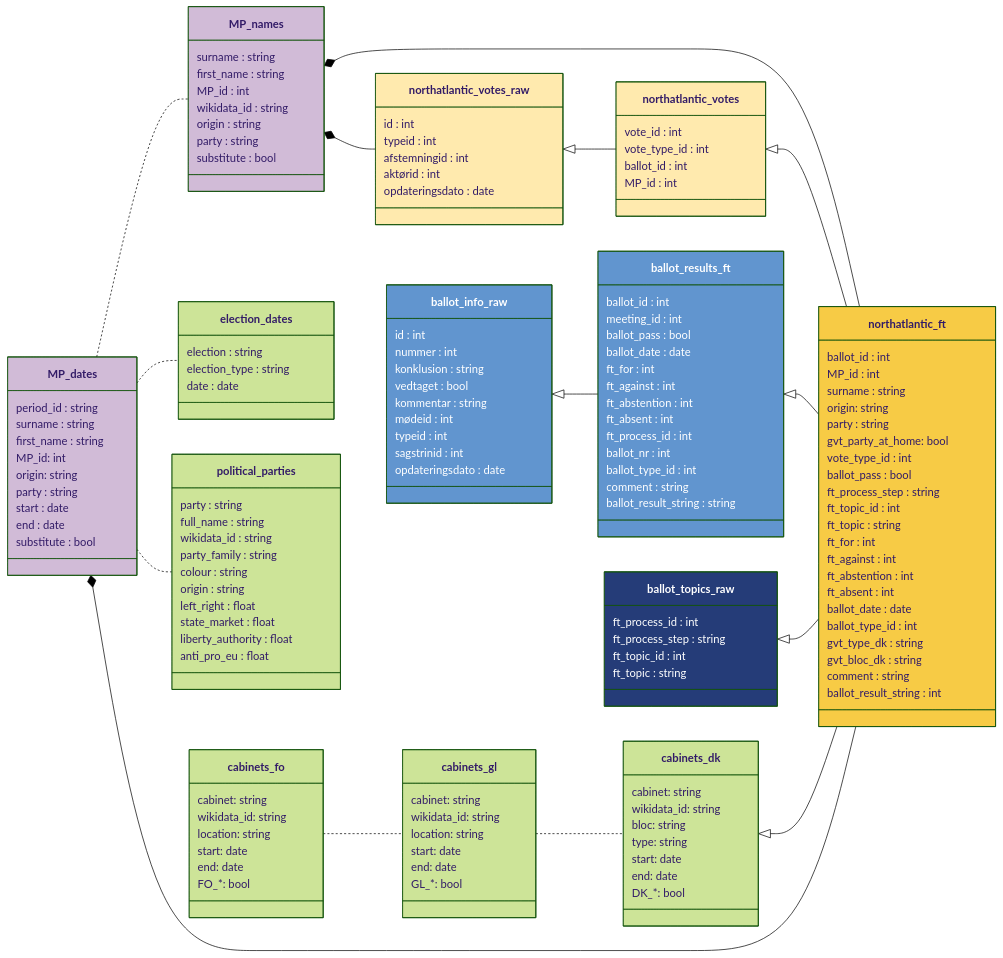
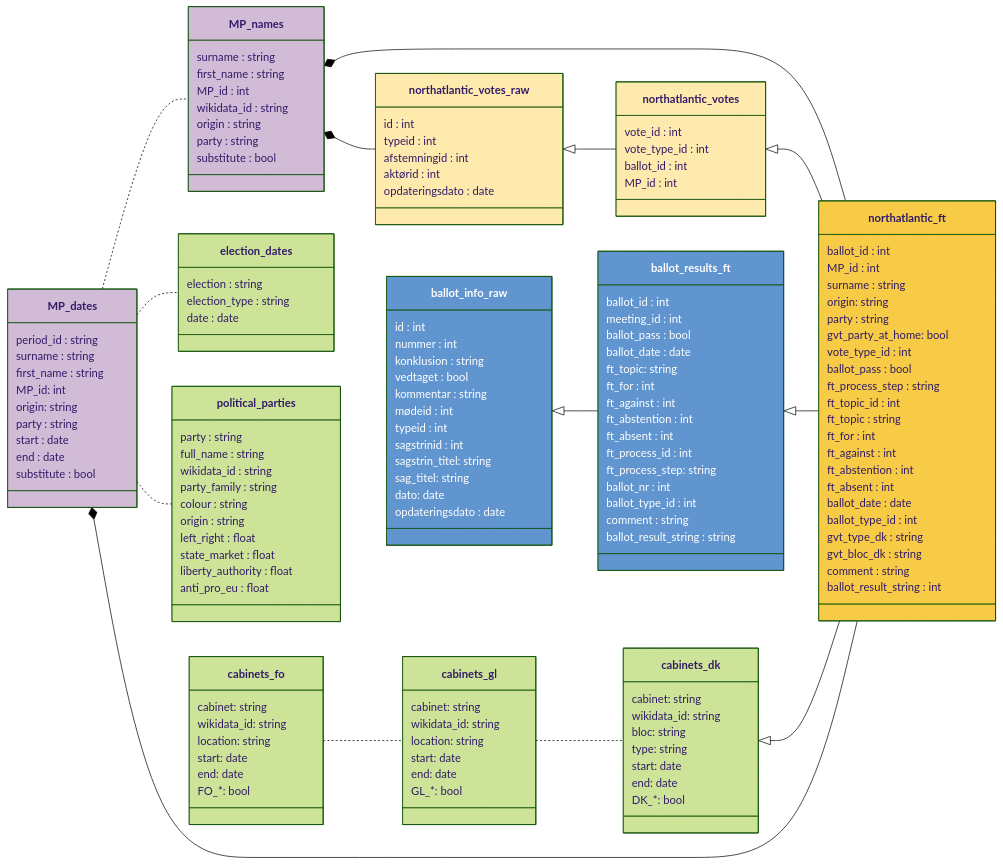
The diagram in docs/codebook.qmd (mtwente/nordatlantisk-ft), drawn with Mermaid (forest theme) before and after one commit. The commit also changed other lines of this file, not shown here.

Commit message:
docs: remove ballot_topics_raw object (step 1/2)

```diff
--- a/docs/codebook.qmd
+++ b/docs/codebook.qmd
@@ -113,7 +112,6 @@
 
     northatlantic_votes <|-- northatlantic_ft
     ballot_results_ft <|-- northatlantic_ft
-    ballot_topics_raw <|-- northatlantic_ft
 
     MP_names *-- northatlantic_votes_raw
     northatlantic_votes_raw <|-- northatlantic_votes
@@ -190,11 +188,13 @@
         meeting_id : int
         ballot_pass : bool
         ballot_date : date
+        ft_topic: string
         ft_for : int
         ft_against : int
         ft_abstention : int
         ft_absent : int
         ft_process_id : int
+        ft_process_step: string
         ballot_nr : int
         ballot_type_id : int
         comment : string
@@ -210,14 +210,10 @@
         mødeid : int
         typeid : int
         sagstrinid : int
+        sagstrin_titel: string
+        sag_titel: string
+        dato: date
         opdateringsdato : date
-    }
-
-    class ballot_topics_raw {
-        ft_process_id : int
-        ft_process_step : string
-        ft_topic_id : int
-        ft_topic : string
     }
 
     class northatlantic_votes_raw {
@@ -272,8 +268,6 @@
 style ballot_info_raw fill:#6195CF,color:#FFFFFF
 style ballot_results_ft fill:#6195CF,color:#FFFFFF
 
-style ballot_topics_raw fill:#253C78,color:#FFFFFF
-
 style northatlantic_ft fill:#F7CB45
 
 style northatlantic_votes_raw fill:#FFEAAE
@@ -290,7 +284,6 @@
 click northatlantic_votes href "#northatlantic_votes" "tooltip"
 click ballot_info_raw href "#ballot_info_raw" "tooltip"
 click ballot_results_ft href "#ballot_results_ft" "tooltip"
-click ballot_topics_raw href "#ballot_topics_raw" "tooltip"
 click cabinets_fo href "#cabinets_fo" "tooltip"
 click cabinets_gl href "#cabinets_gl" "tooltip"
 click cabinets_dk href "#cabinets_dk" "tooltip"
```
